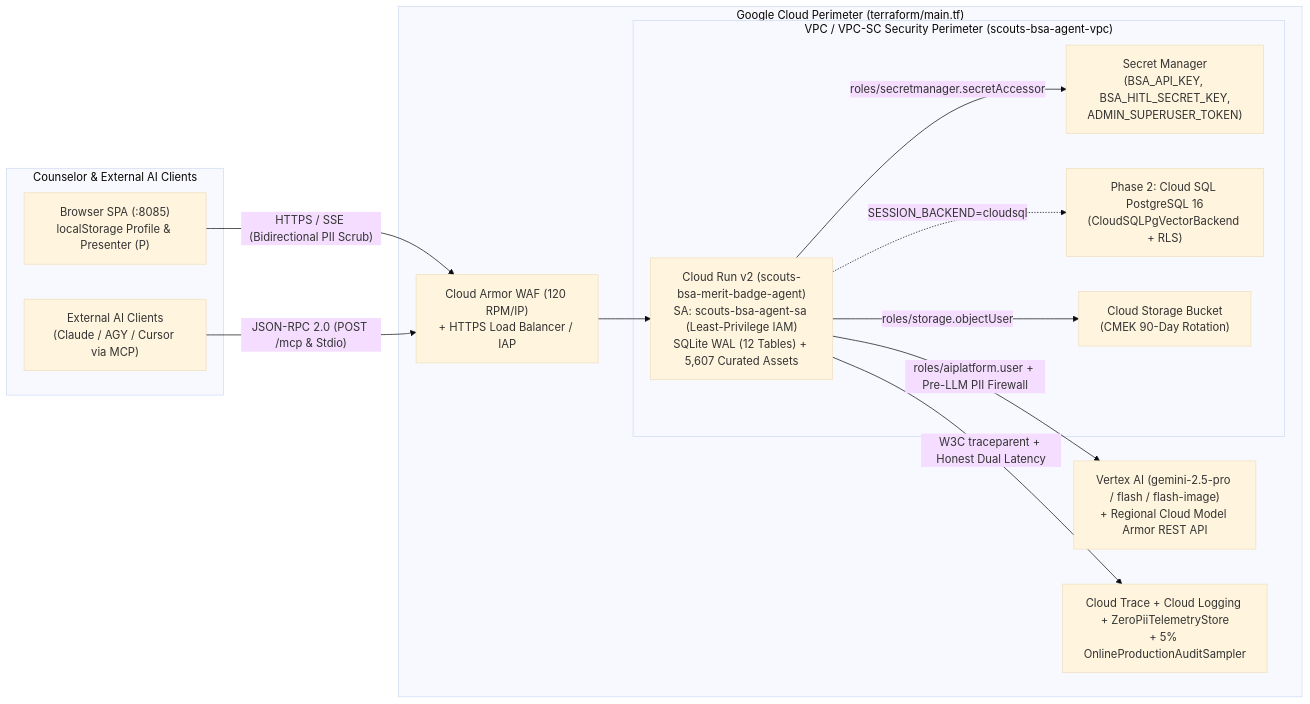
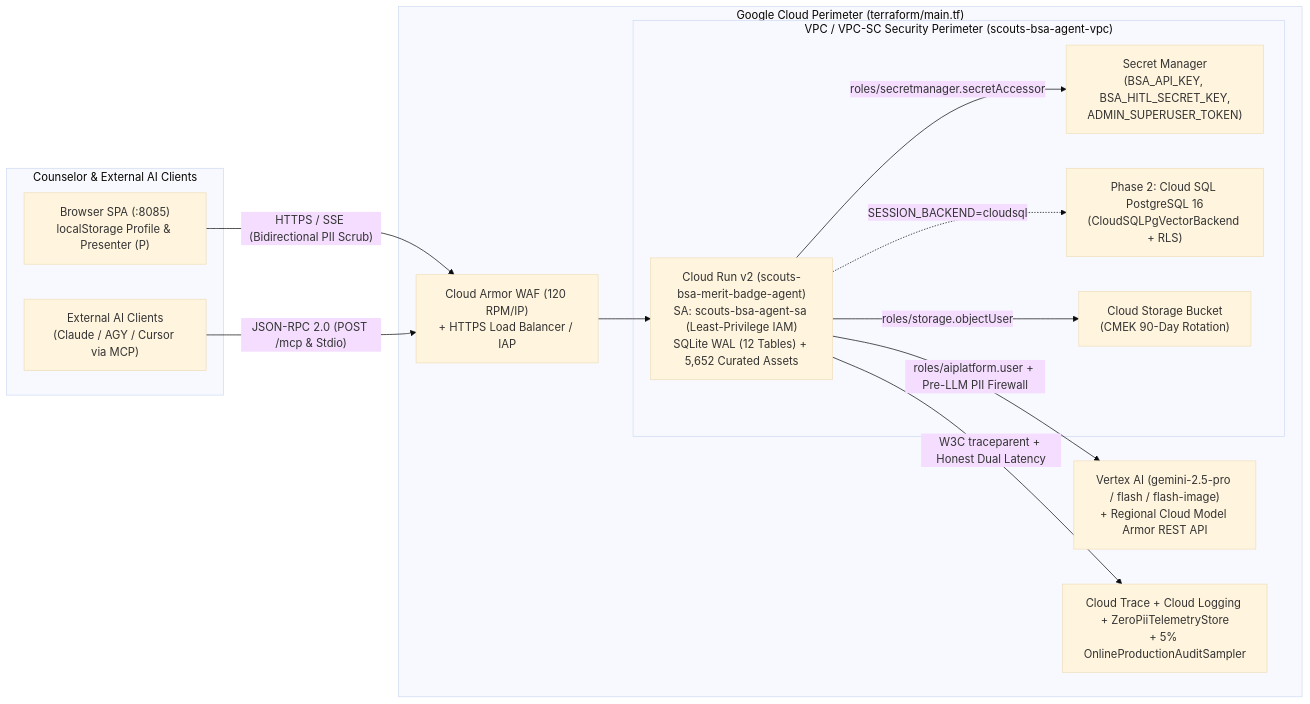
One commit to clayberg/scouts-bsa-merit-badge-agent changed the second of 2 diagrams in README.md. Above: the diagram before and after it, drawn with Mermaid (base theme). The commit also changed other lines of this file and 877 other files, not shown here.

````diff
--- a/README.md
+++ b/README.md
@@ -309,28 +309,28 @@
 ```mermaid
 flowchart LR
     subgraph ClientEdge["Counselor & External AI Clients"]
         Browser["Browser SPA (:8085)<br/>localStorage Profile & Presenter (P)"]
         MCPClient["External AI Clients<br/>(Claude / AGY / Cursor via MCP)"]
     end
 
     subgraph GCPEdge["Google Cloud Perimeter (terraform/main.tf)"]
         WAF["Cloud Armor WAF (120 RPM/IP)<br/>+ HTTPS Load Balancer / IAP"]
         subgraph VPC["VPC / VPC-SC Security Perimeter (scouts-bsa-agent-vpc)"]
-            CR["Cloud Run v2 (scouts-bsa-merit-badge-agent)<br/>SA: scouts-bsa-agent-sa (Least-Privilege IAM)<br/>SQLite WAL (12 Tables) + 5,607 Curated Assets"]
+            CR["Cloud Run v2 (scouts-bsa-merit-badge-agent)<br/>SA: scouts-bsa-agent-sa (Least-Privilege IAM)<br/>SQLite WAL (12 Tables) + 5,652 Curated Assets"]
             SM["Secret Manager<br/>(BSA_API_KEY, BSA_HITL_SECRET_KEY,<br/>ADMIN_SUPERUSER_TOKEN)"]
             CSQL["Phase 2: Cloud SQL PostgreSQL 16<br/>(CloudSQLPgVectorBackend + RLS)"]
             GCS["Cloud Storage Bucket<br/>(CMEK 90-Day Rotation)"]
         end
         Vertex["Vertex AI (gemini-2.5-pro / flash / flash-image)<br/>+ Regional Cloud Model Armor REST API"]
         Obs["Cloud Trace + Cloud Logging + ZeroPiiTelemetryStore<br/>+ 5% OnlineProductionAuditSampler"]
     end
 
     Browser -->|"HTTPS / SSE (Bidirectional PII Scrub)"| WAF
     MCPClient -->|"JSON-RPC 2.0 (POST /mcp & Stdio)"| WAF
     WAF --> CR
     CR -->|"roles/secretmanager.secretAccessor"| SM
     CR -->|"roles/aiplatform.user + Pre-LLM PII Firewall"| Vertex
     CR -.->|"SESSION_BACKEND=cloudsql"| CSQL
     CR -->|"roles/storage.objectUser"| GCS
     CR -->|"W3C traceparent + Honest Dual Latency"| Obs
 ```
````
